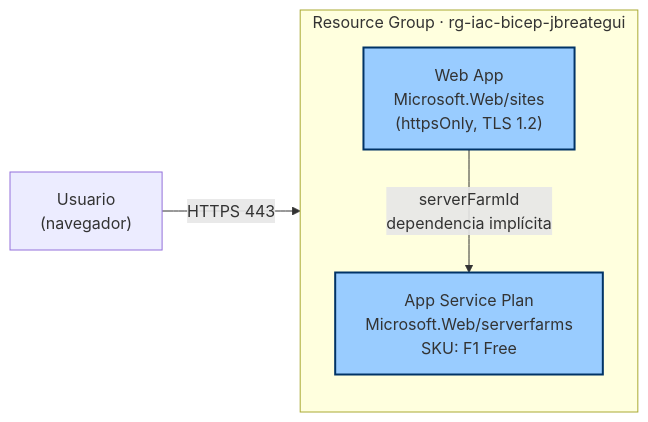
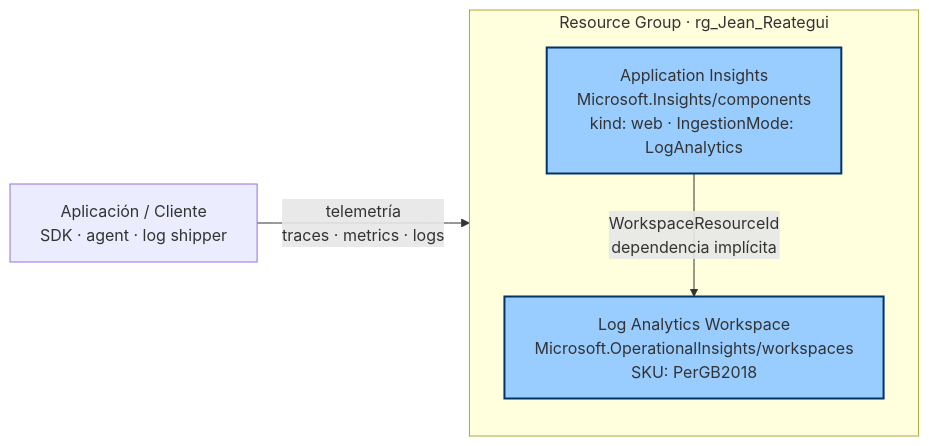
Before and after one commit to jbreategui/tarea-iac-nativo: the diagram in azure-bicep-webapp/README.md, drawn with Mermaid. The commit also changed other lines of this file and 2 other files, not shown here.

Commit message:
fix(bicep): pivotar de App Service a Log Analytics + App Insights por cuotas

````diff
--- a/azure-bicep-webapp/README.md
+++ b/azure-bicep-webapp/README.md
@@ -18,14 +19,14 @@
 ```mermaid
 flowchart LR
-    User["Usuario<br/>(navegador)"]
-    subgraph RG["Resource Group · rg-iac-bicep-jbreategui"]
+    App["Aplicación / Cliente<br/>SDK · agent · log shipper"]
+    subgraph RG["Resource Group · rg_Jean_Reategui"]
         direction TB
-        WebApp["Web App<br/>Microsoft.Web/sites<br/>(httpsOnly, TLS 1.2)"]
-        Plan["App Service Plan<br/>Microsoft.Web/serverfarms<br/>SKU: F1 Free"]
-        WebApp -->|serverFarmId<br/>dependencia implícita| Plan
+        AppI["Application Insights<br/>Microsoft.Insights/components<br/>kind: web · IngestionMode: LogAnalytics"]
+        LAW["Log Analytics Workspace<br/>Microsoft.OperationalInsights/workspaces<br/>SKU: PerGB2018"]
+        AppI -->|WorkspaceResourceId<br/>dependencia implícita| LAW
     end
-    User -->|HTTPS 443| WebApp
+    App -->|telemetría<br/>traces · metrics · logs| AppI
 
     classDef principal fill:#9cf,stroke:#036,stroke-width:2px
-    class WebApp,Plan principal
+    class AppI,LAW principal
 ```
````
